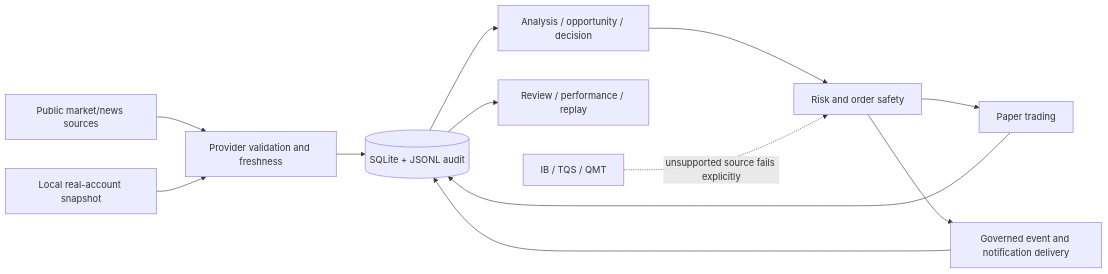
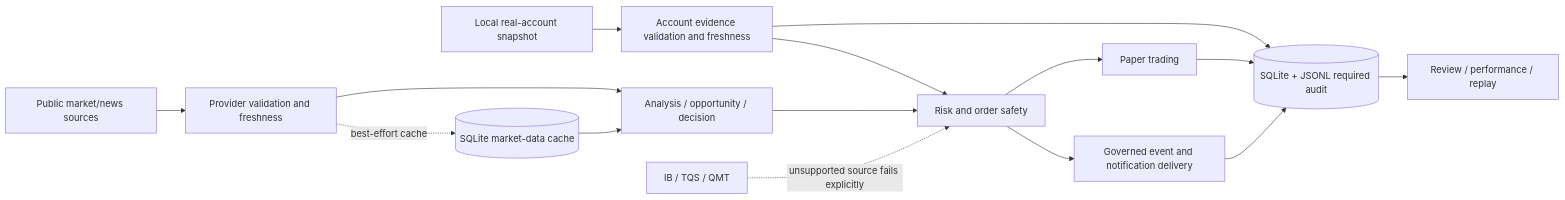
The diagram in docs/superpowers/plans/2026-07-20-readme-architecture-and-history-test.md (Northofqing/stock_analysis), drawn with Mermaid before and after one commit. The commit also changed 2 other files, not shown here.

Commit message:
docs: distinguish cache from required audit

````diff
--- a/docs/superpowers/plans/2026-07-20-readme-architecture-and-history-test.md
+++ b/docs/superpowers/plans/2026-07-20-readme-architecture-and-history-test.md
@@ -84,14 +84,17 @@
 ```mermaid
 flowchart LR
   S[Public market/news sources] --> V[Provider validation and freshness]
-  A[Local real-account snapshot] --> V
-  V --> D[(SQLite + JSONL audit)]
-  D --> R[Analysis / opportunity / decision]
-  R --> G[Risk and order safety]
+  A[Local real-account snapshot] --> E[Account evidence validation and freshness]
+  V --> R[Analysis / opportunity / decision]
+  V -. best-effort cache .-> C[(SQLite market-data cache)]
+  C --> R
+  E --> G[Risk and order safety]
+  R --> G
   G --> P[Paper trading]
   G --> N[Governed event and notification delivery]
+  E --> D[(SQLite + JSONL required audit)]
   P --> D
   N --> D
   D --> Q[Review / performance / replay]
   B[IB / TQS / QMT] -. unsupported source fails explicitly .-> G
 ```
````
